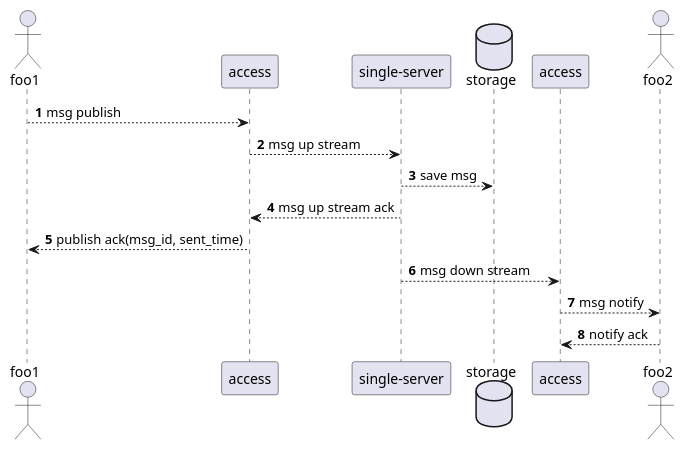
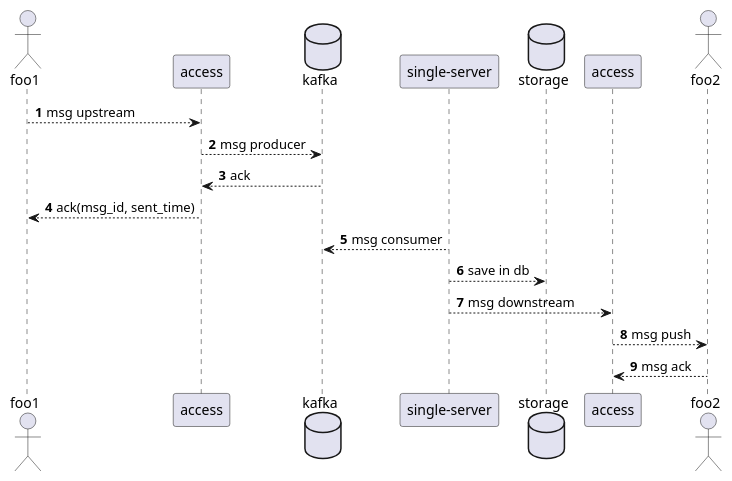
Before and after one commit to raven-im/raven: the diagram in doc/一期设计文档/uml/single_chat.puml, drawn with PlantUML. The commit also changed 6 other files, not shown here.

```diff
--- a/doc/一期设计文档/uml/single_chat.puml
+++ b/doc/一期设计文档/uml/single_chat.puml
@@ -1,20 +1,22 @@
 @startuml
 
 actor "foo1" as client1
 
 participant "access" as access1
+database "kafka"
 participant "single-server" as single
 database "storage" as db
 participant "access" as access2
 actor "foo2" as client2
 
 autonumber
-client1 --> access1 : msg publish
-access1 --> single: msg up stream
-single --> db: save msg
-single --> access1: msg up stream ack
-access1 --> client1 : publish ack(msg_id, sent_time)
-single --> access2: msg down stream
-access2 --> client2: msg notify
-client2 --> access2: notify ack
+client1 --> access1 : msg upstream
+access1 --> kafka: msg producer
+kafka --> access1: ack
+access1 --> client1: ack(msg_id, sent_time)
+single --> kafka: msg consumer
+single --> db: save in db
+single --> access2: msg downstream
+access2 --> client2: msg push
+client2 --> access2: msg ack
 @enduml
```
